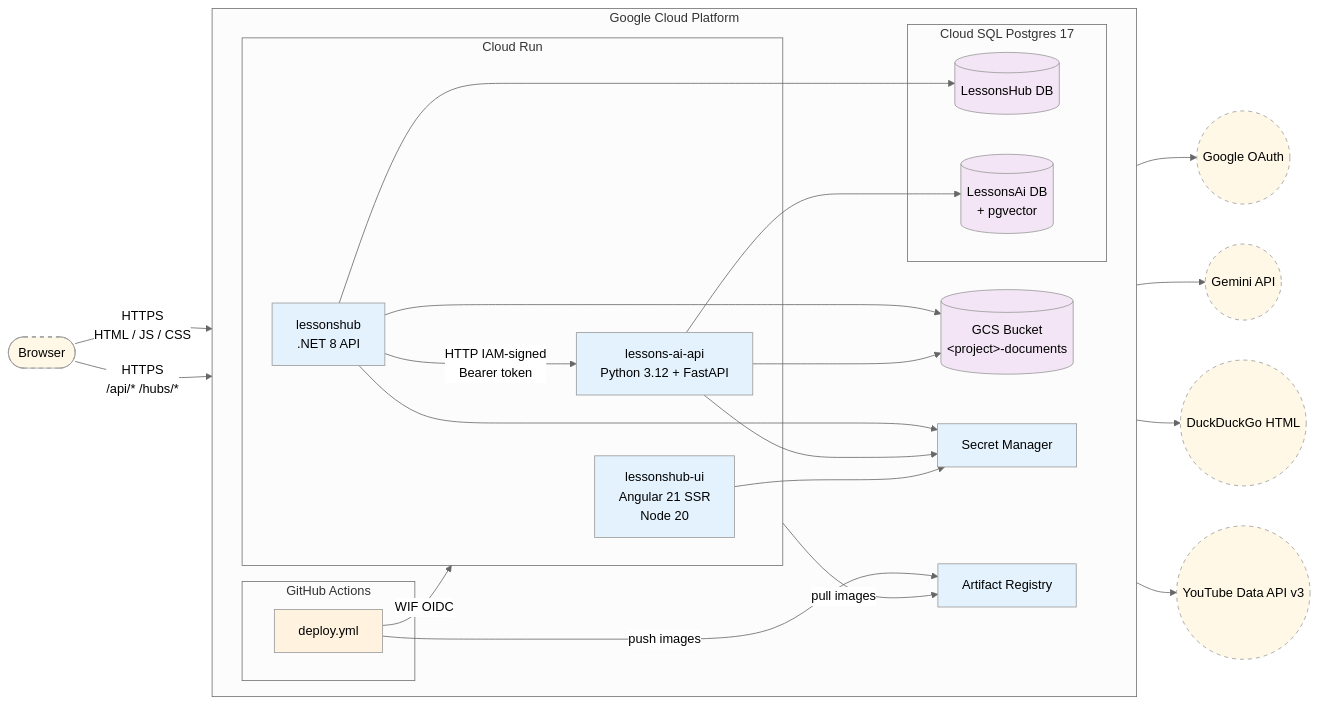
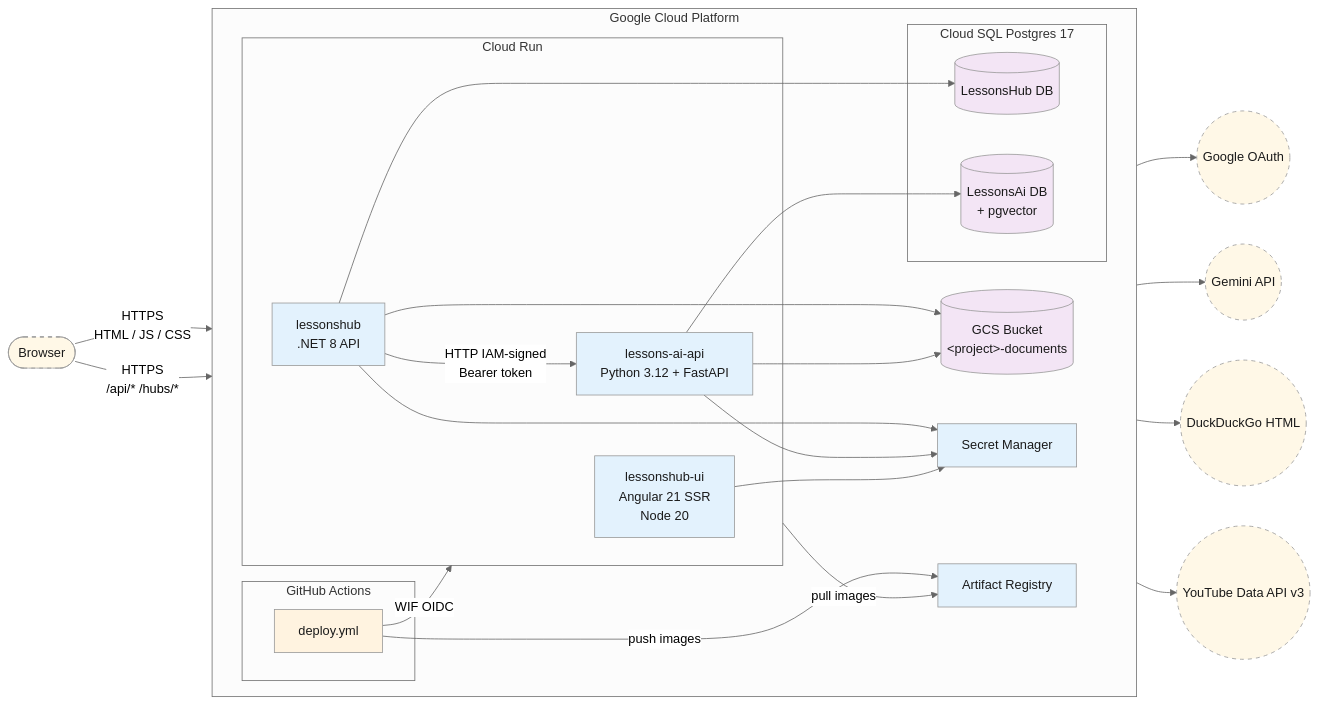
One commit to Dockdep/LessonHub changed the first of 4 diagrams in diagrams/01-cloud-architecture.md. Above: the diagram before and after it, drawn with Mermaid (neutral theme). The commit also changed other lines of this file and 26 other files, not shown here.

````diff
--- a/diagrams/01-cloud-architecture.md
+++ b/diagrams/01-cloud-architecture.md
@@ -9,55 +9,55 @@
 ```mermaid
 flowchart LR
-  classDef external stroke-dasharray: 5 5,fill:#fff8e7
-  classDef internal fill:#e3f2fd
-  classDef data fill:#f3e5f5
-  classDef cicd fill:#fff3e0
+  classDef external stroke-dasharray: 5 5,fill:#fff8e7,color:#1a1a1a
+  classDef internal fill:#e3f2fd,color:#1a1a1a
+  classDef data fill:#f3e5f5,color:#1a1a1a
+  classDef cicd fill:#fff3e0,color:#1a1a1a
 
   user([Browser]):::external
   google((Google OAuth)):::external
   gemini((Gemini API)):::external
   ddg((DuckDuckGo HTML)):::external
   yt((YouTube Data API v3)):::external
 
   subgraph gcp[Google Cloud Platform]
     direction LR
 
     subgraph cr[Cloud Run]
       ui[lessonshub-ui<br/>Angular 21 SSR<br/>Node 20]:::internal
       api[lessonshub<br/>.NET 8 API]:::internal
       ai[lessons-ai-api<br/>Python 3.12 + FastAPI]:::internal
     end
 
     subgraph sql[Cloud SQL Postgres 17]
       db1[(LessonsHub DB)]:::data
       db2[(LessonsAi DB<br/>+ pgvector)]:::data
     end
 
     gcs[("GCS Bucket<br/>&lt;project&gt;-documents")]:::data
 
     sm[Secret Manager]:::internal
     ar[Artifact Registry]:::internal
 
     subgraph ci[GitHub Actions]
       gh[deploy.yml]:::cicd
     end
   end
 
   user -- HTTPS<br/>HTML / JS / CSS --> ui
   user -- HTTPS<br/>/api/* /hubs/* --> api
   ui --> google
   api -- HTTP IAM-signed<br/>Bearer token --> ai
   api --> db1
   api --> gcs
   ai --> db2
   ai --> gcs
   ai --> gemini
   ai --> ddg
   ai --> yt
   api --> sm
   ai --> sm
   ui --> sm
   gh -- WIF OIDC --> cr
   gh -- push images --> ar
   cr -- pull images --> ar
 ```
````
